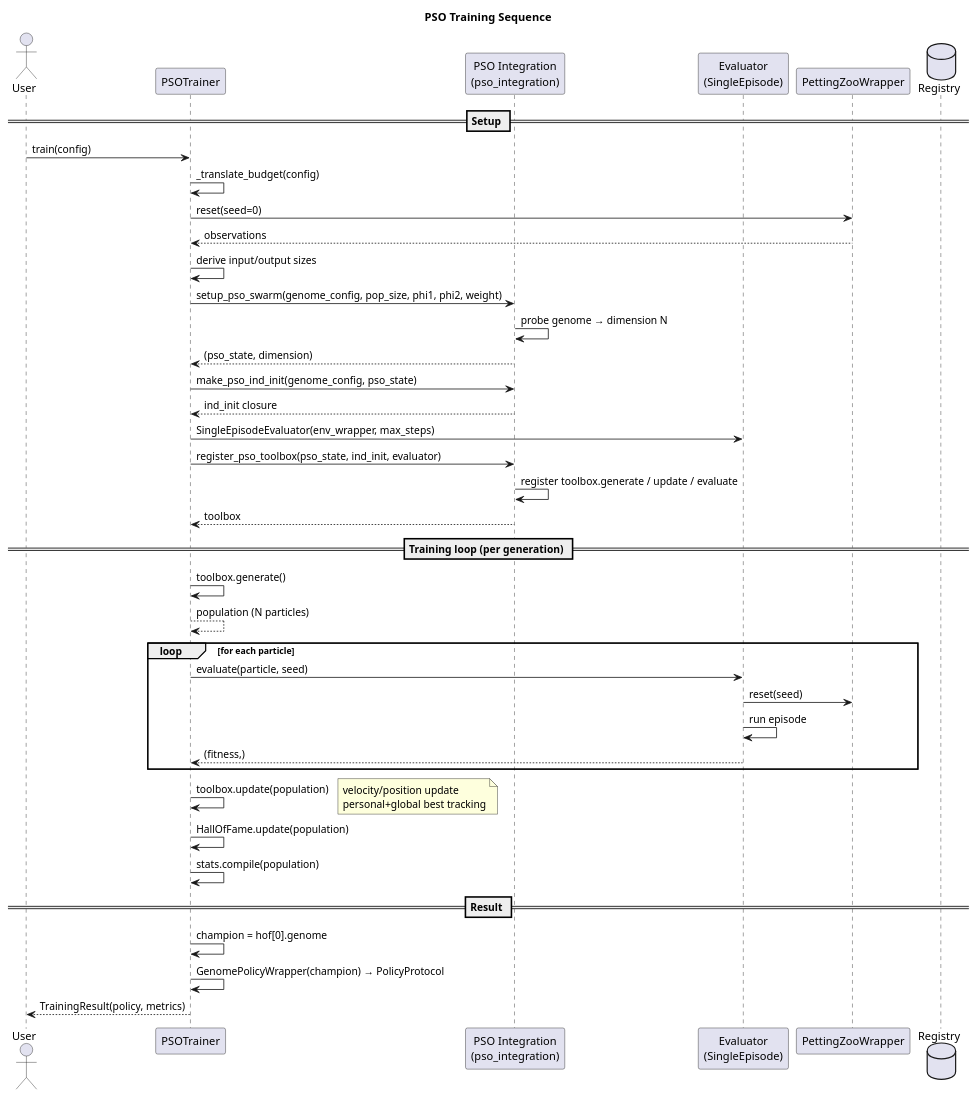
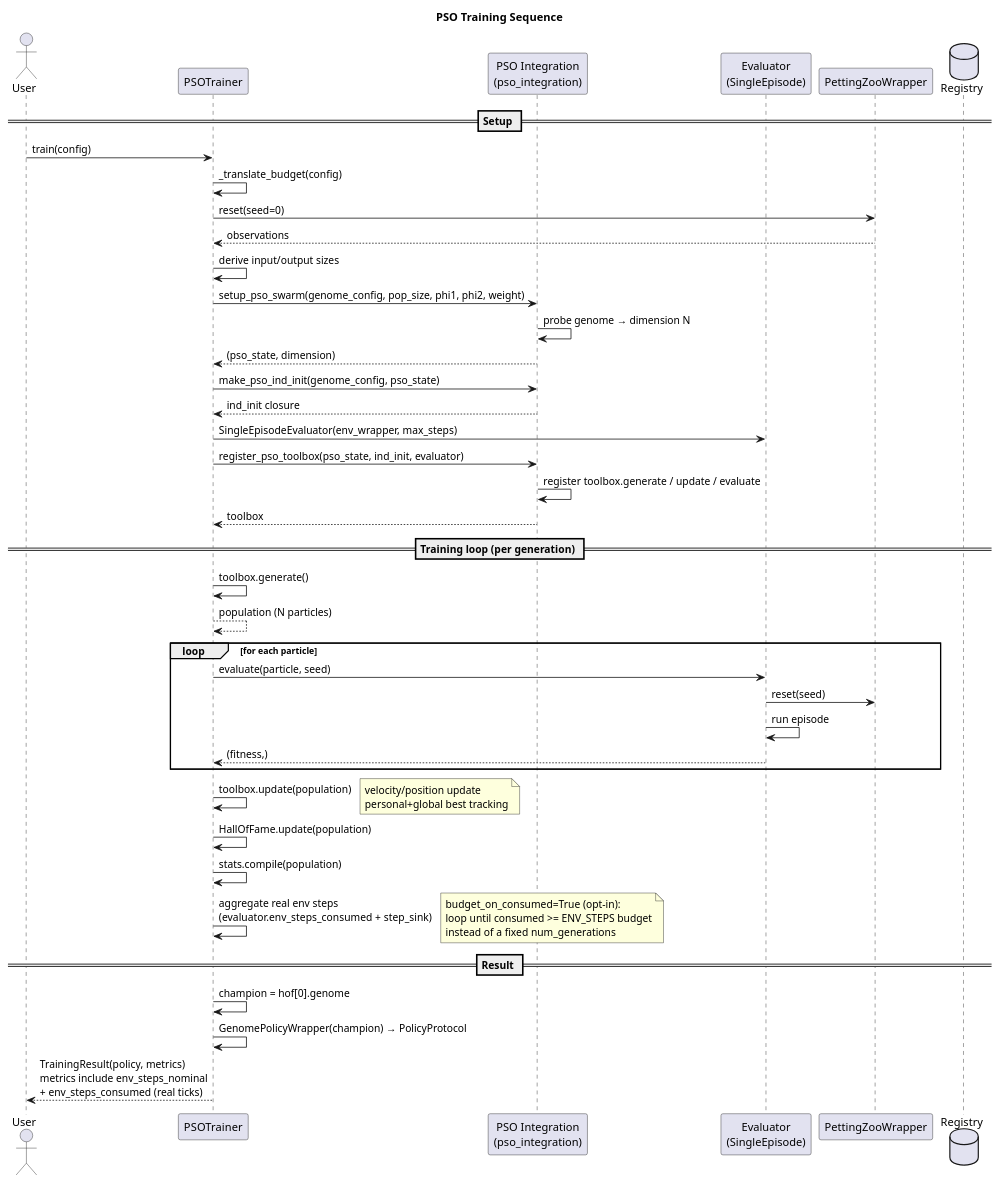
One commit to Alex180504/DEAP-Zoo-bridge changed the diagram in docs/UML/sequence_pso_training.puml. Above: the diagram before and after it, drawn with PlantUML. The commit also changed 22 other files, not shown here.

```diff
--- a/docs/UML/sequence_pso_training.puml
+++ b/docs/UML/sequence_pso_training.puml
@@ -1,46 +1,48 @@
 @startuml
 title PSO Training Sequence
 
 actor User
 participant "PSOTrainer" as T
 participant "PSO Integration\n(pso_integration)" as I
 participant "Evaluator\n(SingleEpisode)" as E
 participant "PettingZooWrapper" as W
 database "Registry" as R
 
 == Setup ==
 User -> T: train(config)
 T -> T: _translate_budget(config)
 T -> W: reset(seed=0)
 W --> T: observations
 T -> T: derive input/output sizes
 T -> I: setup_pso_swarm(genome_config, pop_size, phi1, phi2, weight)
 I -> I: probe genome → dimension N
 I --> T: (pso_state, dimension)
 T -> I: make_pso_ind_init(genome_config, pso_state)
 I --> T: ind_init closure
 T -> E: SingleEpisodeEvaluator(env_wrapper, max_steps)
 T -> I: register_pso_toolbox(pso_state, ind_init, evaluator)
 I -> I: register toolbox.generate / update / evaluate
 I --> T: toolbox
 
 == Training loop (per generation) ==
 T -> T: toolbox.generate()
 T --> T: population (N particles)
 loop for each particle
   T -> E: evaluate(particle, seed)
   E -> W: reset(seed)
   E -> E: run episode
   E --> T: (fitness,)
 end
 T -> T: toolbox.update(population)
 note right: velocity/position update\npersonal+global best tracking
 
 T -> T: HallOfFame.update(population)
 T -> T: stats.compile(population)
+T -> T: aggregate real env steps\n(evaluator.env_steps_consumed + step_sink)
+note right: budget_on_consumed=True (opt-in):\nloop until consumed >= ENV_STEPS budget\ninstead of a fixed num_generations
 
 == Result ==
 T -> T: champion = hof[0].genome
 T -> T: GenomePolicyWrapper(champion) → PolicyProtocol
-T --> User: TrainingResult(policy, metrics)
+T --> User: TrainingResult(policy, metrics)\nmetrics include env_steps_nominal\n+ env_steps_consumed (real ticks)
 @enduml
```
